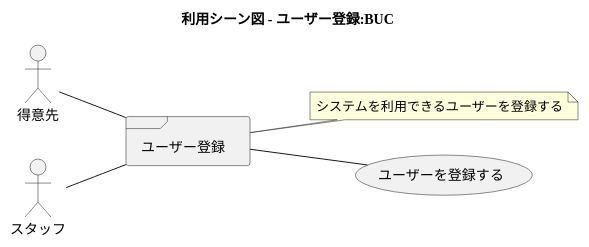
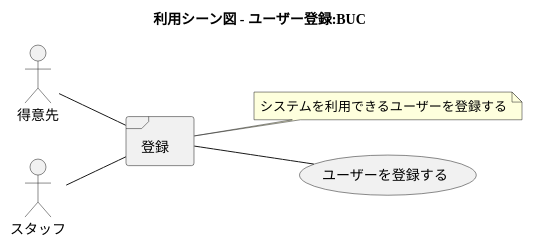
Diagram 17 of 38 in docs/index.adoc (k2works/application_programing_excercise_2022), drawn with PlantUML before and after one commit. The commit also changed other lines of this file, not shown here.

Commit message:
docs: ユースケース複合図

```diff
--- a/docs/index.adoc
+++ b/docs/index.adoc
@@ -567,24 +596,24 @@
 [plantuml]
 ----
 @startuml
 
 title 利用シーン図 - ユーザー登録:BUC
 
 left to right direction
 
 actor 得意先 as ac_01
 actor スタッフ as ac_02
 
-frame ユーザー登録 as fr_01
+frame 登録 as fr_01
 note right of fr_01
   システムを利用できるユーザーを登録する
 end note
 
 usecase ユーザーを登録する as uc_01
 
 :ac_01: -- fr_01
 :ac_02: -- fr_01
 fr_01 -- (uc_01)
 
 @enduml
 ----
```
